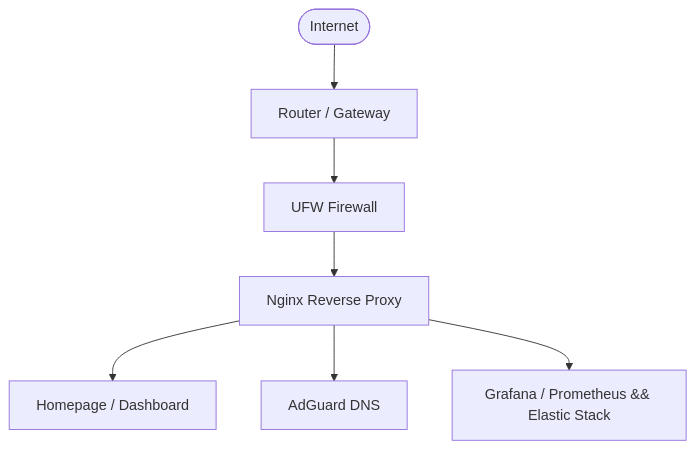
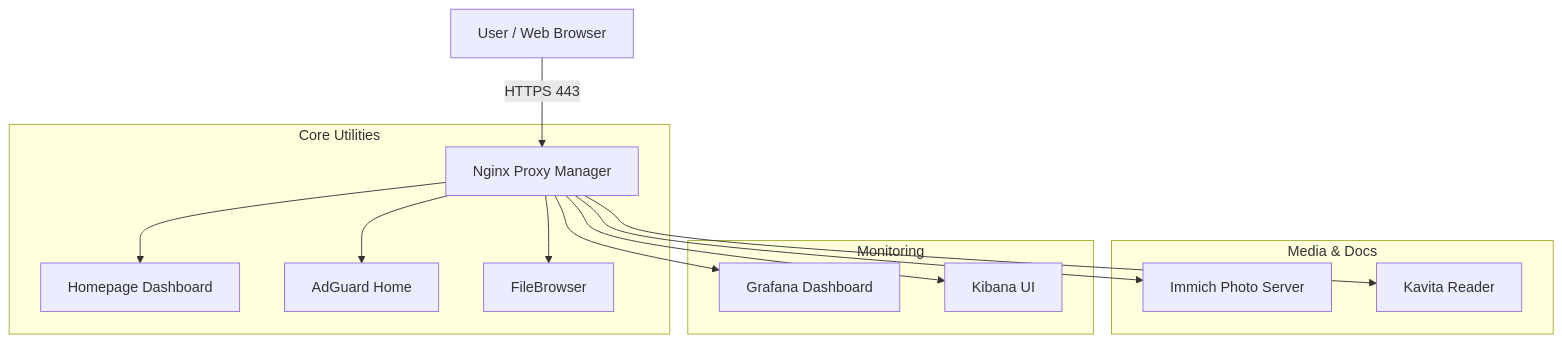
Before and after one commit to KatakoIsMe/homelab-server: the diagram in README.md, drawn with Mermaid.

Commit message:
Refining the NPM diagram

````diff
--- a/README.md
+++ b/README.md
@@ -26,9 +26,20 @@
 ```mermaid
 graph TD
-    Internet([Internet]) --> Router[Router / Gateway]
-    Router --> Firewall[UFW Firewall]
-    Firewall --> Nginx[Nginx Reverse Proxy]
-    Nginx --> Dashboard[Homepage / Dashboard]
-    Nginx --> AdGuardHome[AdGuard DNS]
-    Nginx --> Grafana[Grafana / Prometheus && Elastic Stack]
+    Client[User / Web Browser] -->|HTTPS 443| NPM[Nginx Proxy Manager]
+    
+    subgraph Core Utilities
+        NPM --> Homepage[Homepage Dashboard]
+        NPM --> AGH[AdGuard Home]
+        NPM --> FB[FileBrowser]
+    end
+
+    subgraph Media & Docs
+        NPM --> Immich[Immich Photo Server]
+        NPM --> Kavita[Kavita Reader]
+    end
+
+    subgraph Monitoring
+        NPM --> Grafana[Grafana Dashboard]
+        NPM --> Kibana[Kibana UI]
+    end
 ```
````
